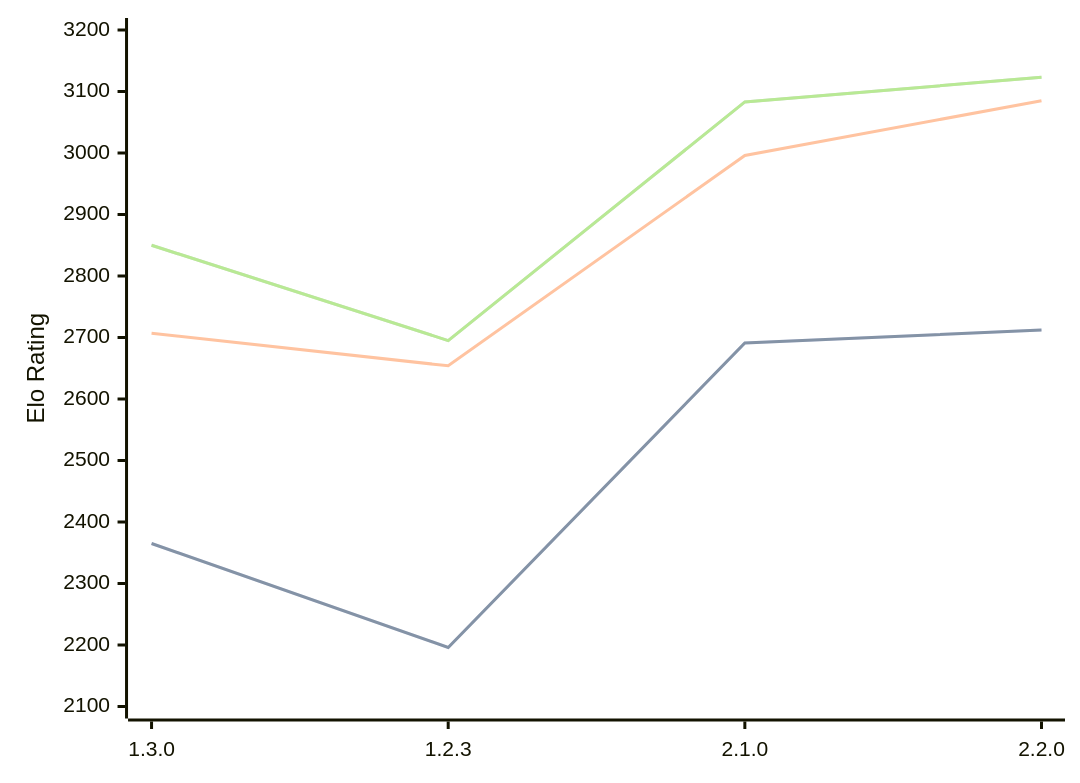
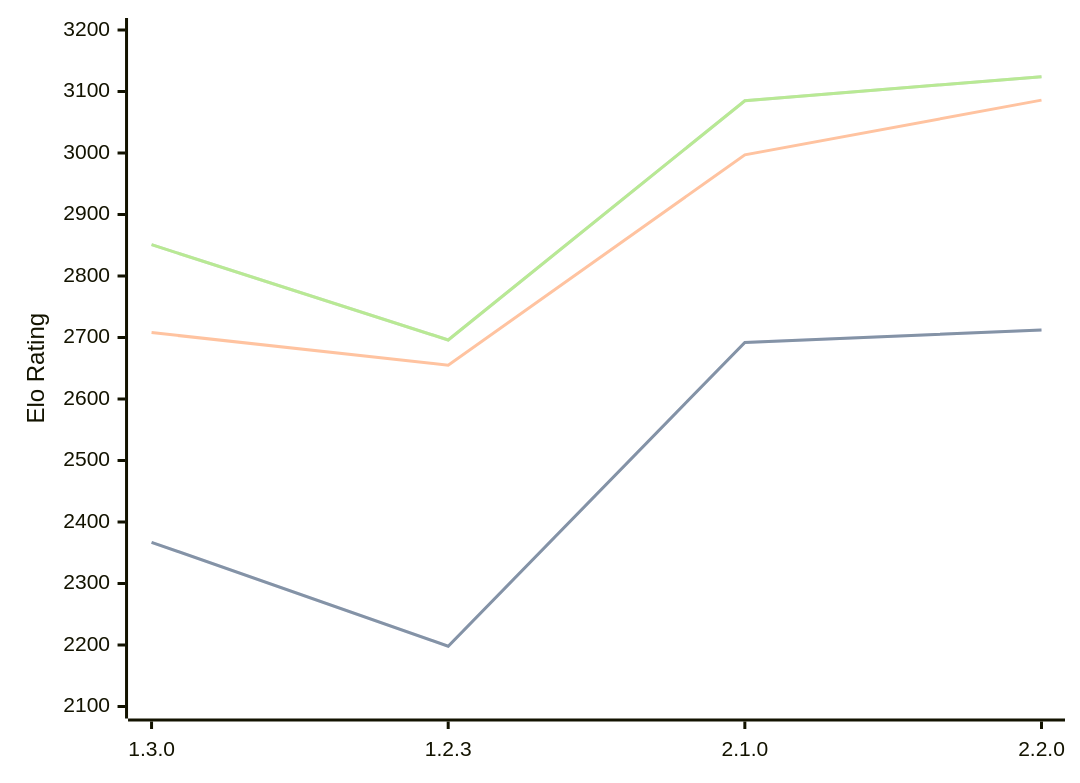
The diagram in engines/Aspen.md (computer-chess-index/cci), drawn with Mermaid before and after one commit. The commit also changed other lines of this file, not shown here.

Commit message:
Update CCI Ratings (ELO VLTC) - 2026-10-09

````diff
--- a/engines/Aspen.md
+++ b/engines/Aspen.md
@@ -43,11 +43,11 @@
 ```mermaid
 %%{init: {"theme":"base","themeVariables":{"seriesColors:['#a3a3a3','#222221','#faa371']}}}%%
 xychart-beta
   x-axis ["1.3.0", "1.2.3", "2.1.0", "2.2.0"]
   y-axis "Elo Rating" 2100 --> 3200
-  line "" [2365, 2196, 2691, 2712]
-  line "STC (8.0+0.08s)" [2365, 2196, 2691, 2712]
-  line "LTC (60.0+0.60s)" [2707, 2654, 2996, 3085]
-  line "" [2850, 2695, 3083, 3123]
-  line "VLTC (2m24s+1.12s)" [2850, 2695, 3083, 3123]
+  line "" [2367, 2198, 2692, 2712]
+  line "STC (8.0+0.08s)" [2367, 2198, 2692, 2712]
+  line "LTC (60.0+0.60s)" [2708, 2655, 2997, 3086]
+  line "" [2851, 2696, 3085, 3124]
+  line "VLTC (2m24s+1.12s)" [2851, 2696, 3085, 3124]
 ```
````
